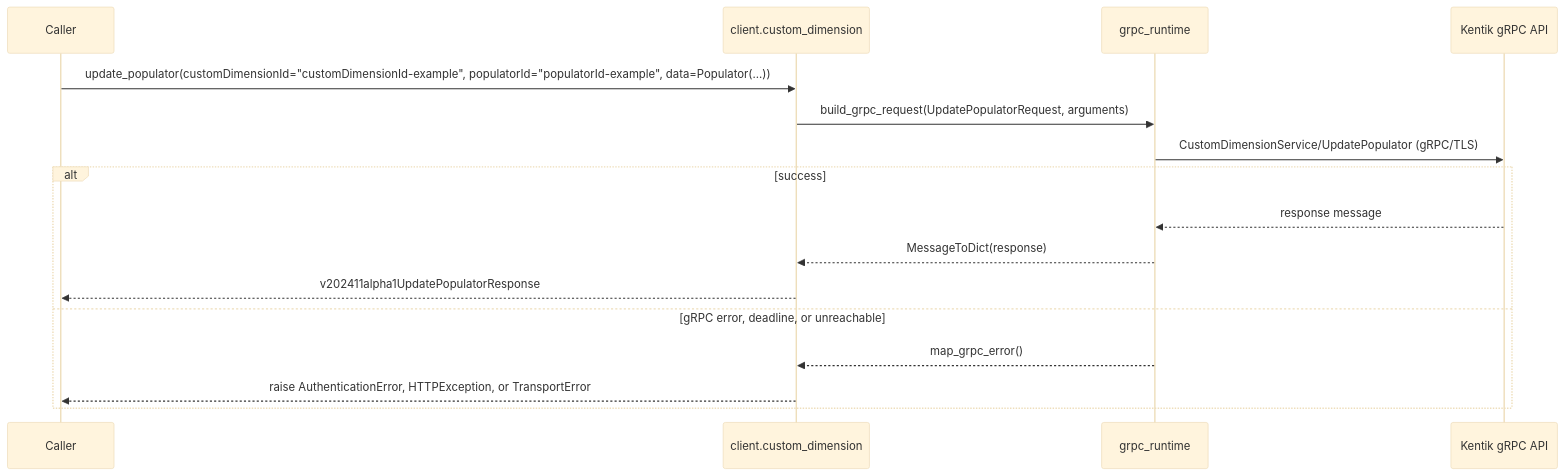
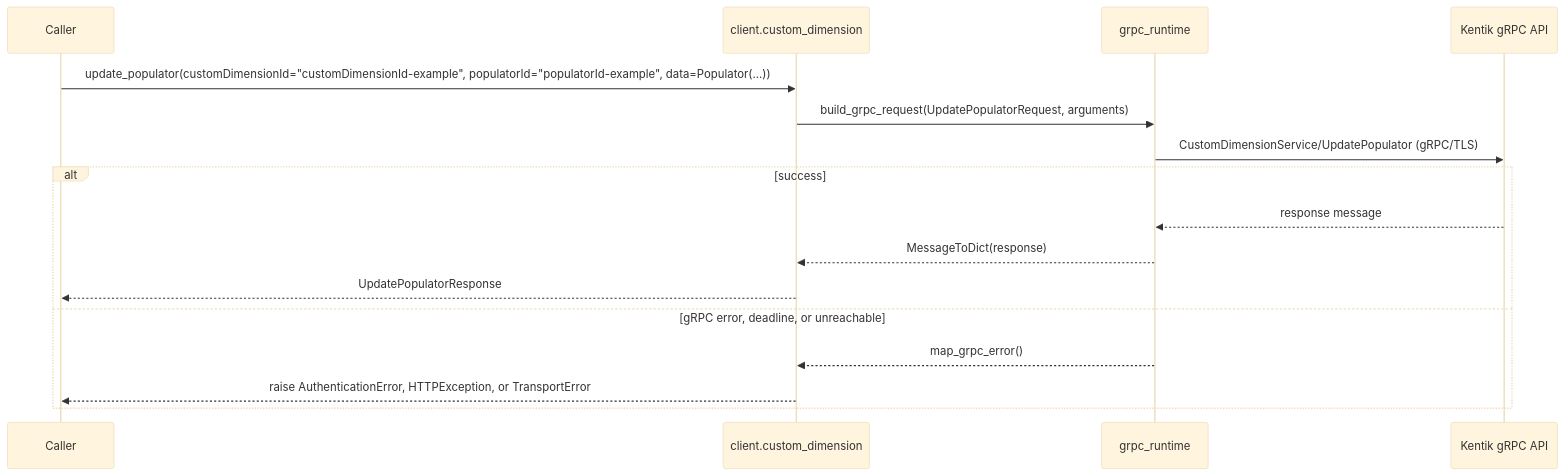
Before and after one commit to alexdearaujo/community_sdk_python: diagram 15 of 22 in docs/sphinx/services/custom_dimension.md, drawn with Mermaid (base theme). The commit also changed other lines of this file and 38 other files, not shown here.

````diff
--- a/docs/sphinx/services/custom_dimension.md
+++ b/docs/sphinx/services/custom_dimension.md
@@ -514,19 +514,19 @@
 ```mermaid
 sequenceDiagram
     participant C as Caller
     participant W as client.custom_dimension
     participant R as grpc_runtime
     participant API as Kentik gRPC API
 
     C->>W: update_populator(customDimensionId="customDimensionId-example", populatorId="populatorId-example", data=Populator(...))
     W->>R: build_grpc_request(UpdatePopulatorRequest, arguments)
     R->>API: CustomDimensionService/UpdatePopulator (gRPC/TLS)
     alt success
         API-->>R: response message
         R-->>W: MessageToDict(response)
-        W-->>C: v202411alpha1UpdatePopulatorResponse
+        W-->>C: UpdatePopulatorResponse
     else gRPC error, deadline, or unreachable
         R-->>W: map_grpc_error()
         W-->>C: raise AuthenticationError, HTTPException, or TransportError
     end
 ```
````
